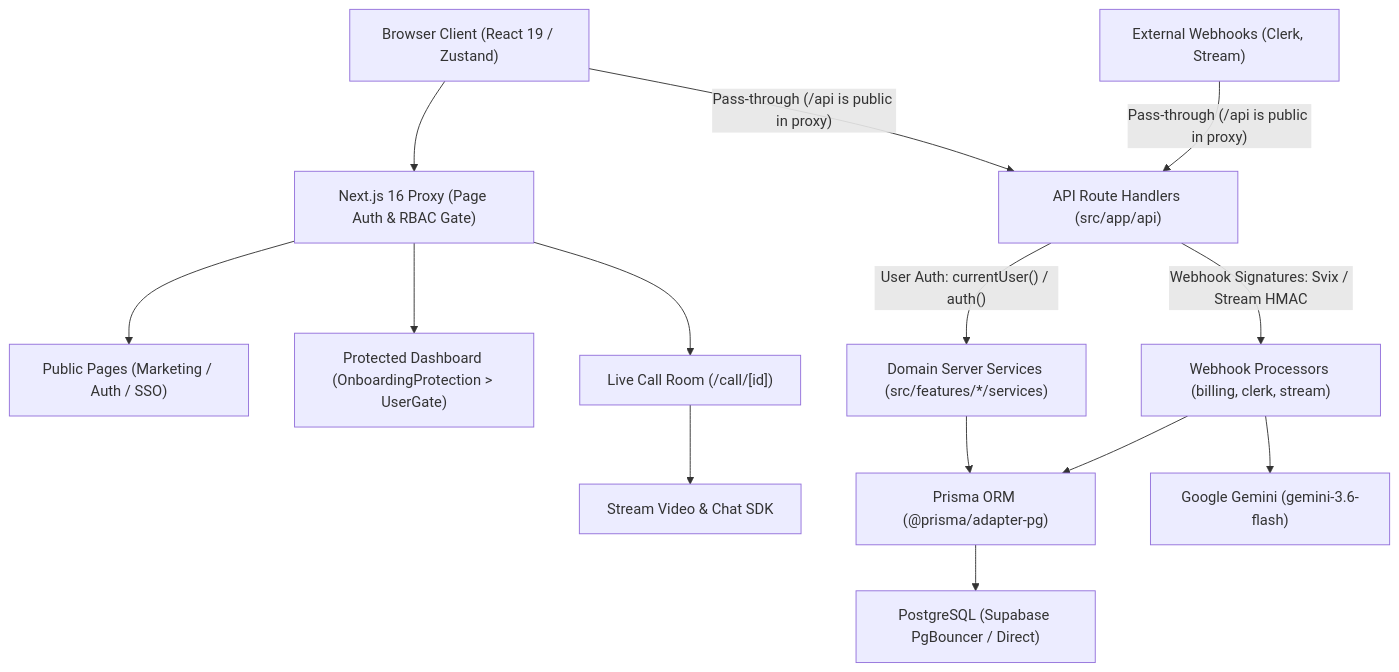
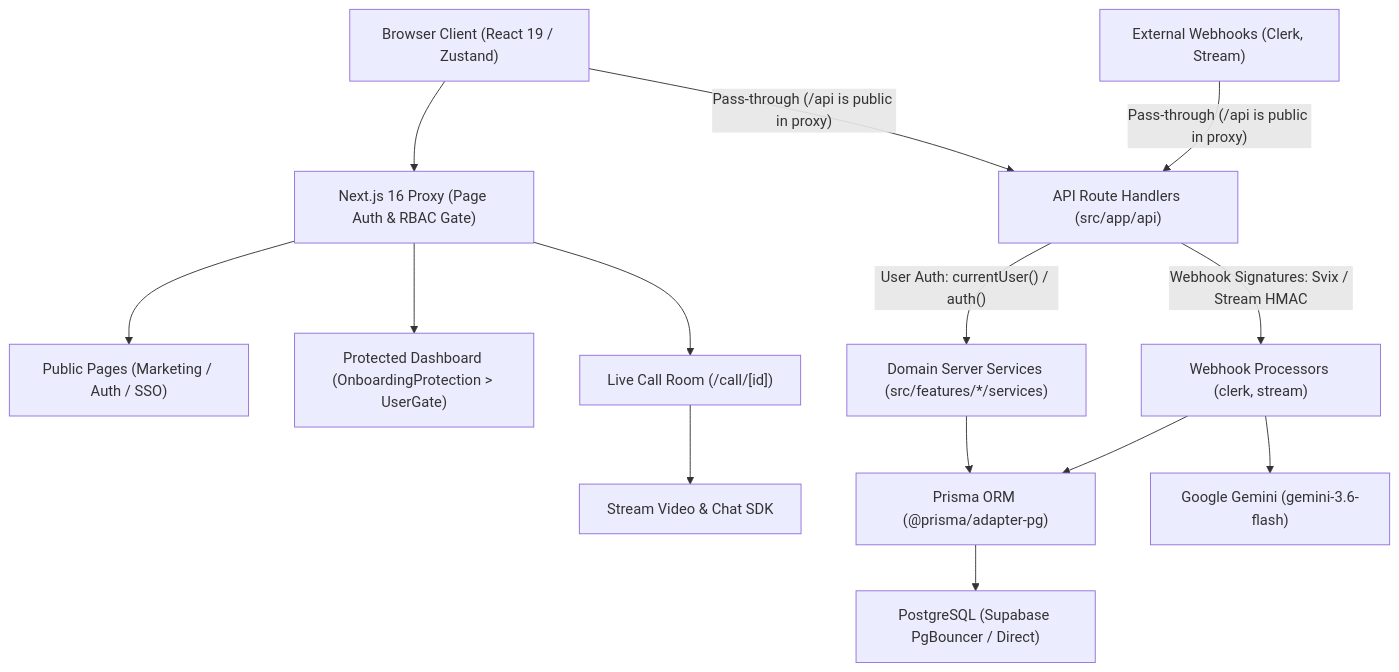
Before and after one commit to samimmiddey/evalo: the diagram in DESIGN.md, drawn with Mermaid. The commit also changed other lines of this file and 3 other files, not shown here.

Commit message:
refactor: remove legacy clerk billing webhook and update docs

````diff
--- a/DESIGN.md
+++ b/DESIGN.md
@@ -17,20 +17,20 @@
 ```mermaid
 graph TD
     Client["Browser Client (React 19 / Zustand)"] --> Proxy["Next.js 16 Proxy (Page Auth & RBAC Gate)"]
     Proxy --> PublicRoutes["Public Pages (Marketing / Auth / SSO)"]
     Proxy --> ProtectedApp["Protected Dashboard (OnboardingProtection > UserGate)"]
     Proxy --> CallRoom["Live Call Room (/call/[id])"]
 
     Client -->|"Pass-through (/api is public in proxy)"| ApiRoutes["API Route Handlers (src/app/api)"]
     ExternalWebhooks["External Webhooks (Clerk, Stream)"] -->|"Pass-through (/api is public in proxy)"| ApiRoutes
 
     ApiRoutes -->|"User Auth: currentUser() / auth()"| ServerServices["Domain Server Services (src/features/*/services)"]
-    ApiRoutes -->|"Webhook Signatures: Svix / Stream HMAC"| WebhookProcessors["Webhook Processors (billing, clerk, stream)"]
+    ApiRoutes -->|"Webhook Signatures: Svix / Stream HMAC"| WebhookProcessors["Webhook Processors (clerk, stream)"]
 
     ServerServices --> Prisma["Prisma ORM (@prisma/adapter-pg)"]
     WebhookProcessors --> Prisma
     Prisma --> Postgres["PostgreSQL (Supabase PgBouncer / Direct)"]
 
     CallRoom --> StreamSDK["Stream Video & Chat SDK"]
     WebhookProcessors --> Gemini["Google Gemini (gemini-3.6-flash)"]
 ```
````
